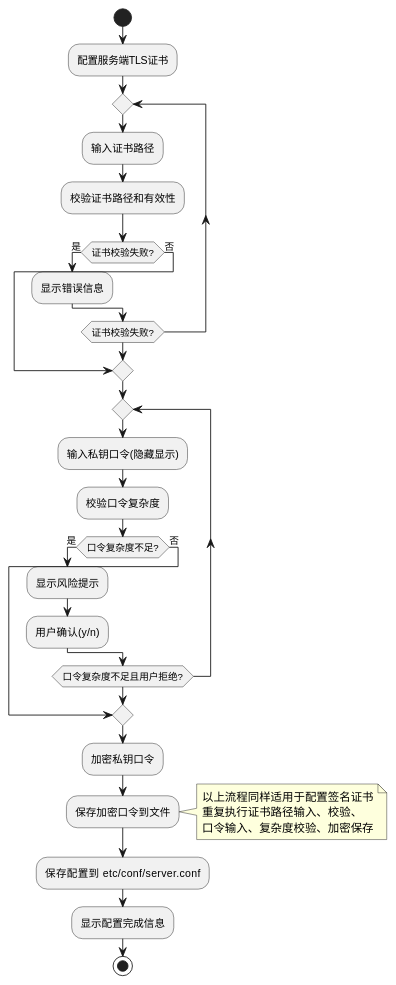
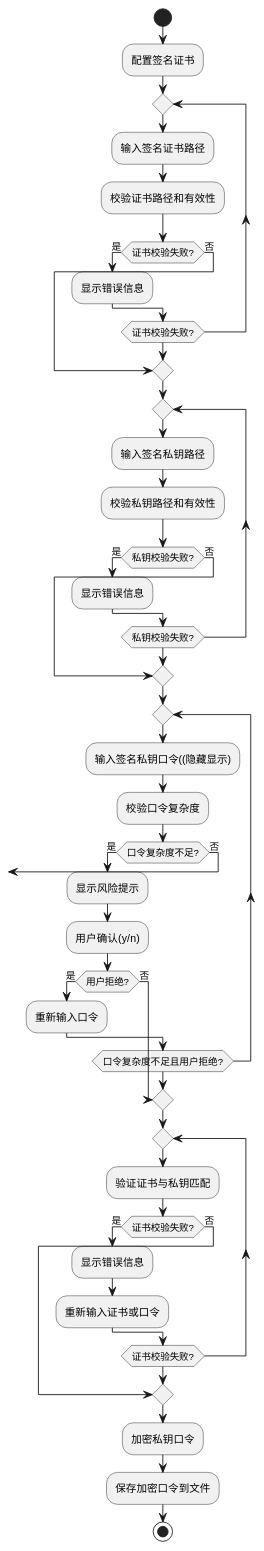
The second of 4 diagrams in test.md (project-openan/registry-center), drawn with PlantUML before and after one commit. The commit also changed other lines of this file, not shown here.

````diff
--- a/test.md
+++ b/test.md
@@ -101,42 +200,58 @@
 ```plantuml
 @startuml
 start
 
-:配置服务端TLS证书;
+:配置签名证书;
 
 repeat
-  :输入证书路径;
+  :输入签名证书路径;
   :校验证书路径和有效性;
   if (证书校验失败?) then (是)
     :显示错误信息;
   else (否)
     break
   endif
 repeat while (证书校验失败?)
 
 repeat
-  :输入私钥口令(隐藏显示);
+  :输入签名私钥路径;
+  :校验私钥路径和有效性;
+  if (私钥校验失败?) then (是)
+    :显示错误信息;
+  else (否)
+    break
+  endif
+repeat while (私钥校验失败?)
+
+repeat
+  :输入签名私钥口令((隐藏显示);
   :校验口令复杂度;
   if (口令复杂度不足?) then (是)
     :显示风险提示;
     :用户确认(y/n);
+    if (用户拒绝?) then (是)
+      :重新输入口令;
+    else (否)
+      break
+    endif
   else (否)
     break
   endif
 repeat while (口令复杂度不足且用户拒绝?)
 
+repeat
+  :验证证书与私钥匹配;
+  if (证书校验失败?) then (是)
+    :显示错误信息;
+    :重新输入证书或口令;
+  else (否)
+    break
+  endif
+repeat while (证书校验失败?)
+
 :加密私钥口令;
 :保存加密口令到文件;
-
-note right
-  以上流程同样适用于配置签名证书
-  重复执行证书路径输入、校验、
-  口令输入、复杂度校验、加密保存
-end note
-
-:保存配置到 etc/conf/server.conf;
-:显示配置完成信息;
 
 stop
 @enduml
 ```
````
